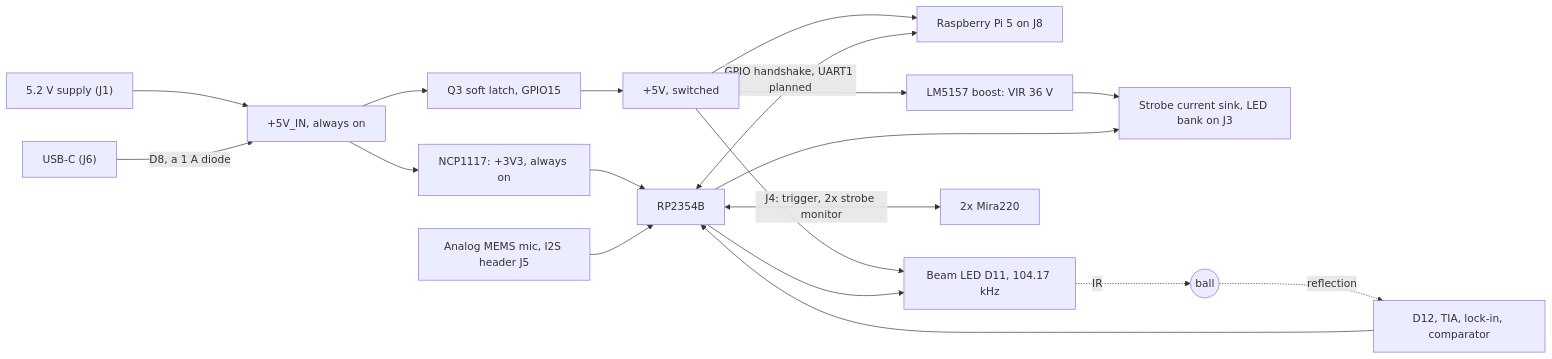
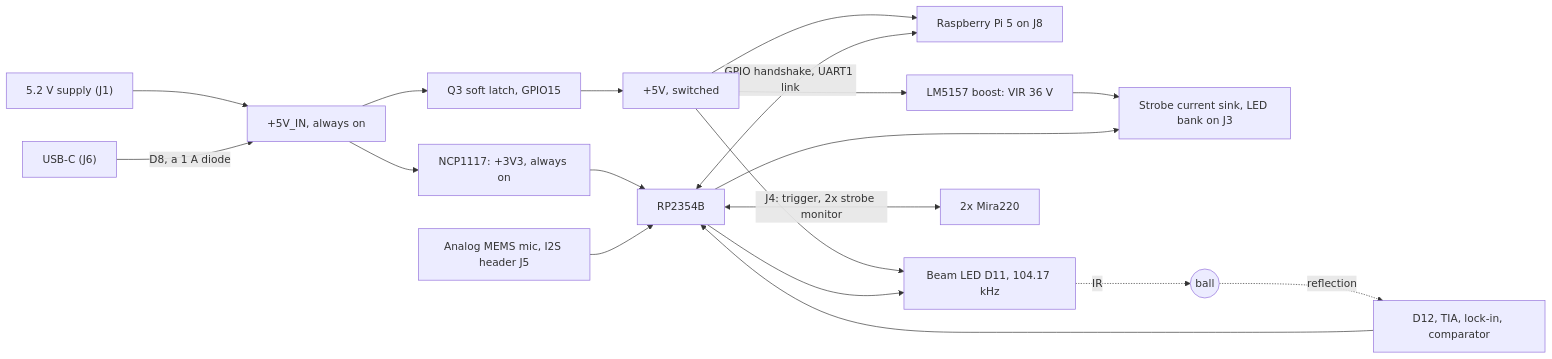
The first of 3 diagrams in DEVELOPER_GUIDE.md (peteattayek/PiTrac_V2), drawn with Mermaid before and after one commit. The commit also changed other lines of this file and 128 other files, not shown here.

````diff
--- a/DEVELOPER_GUIDE.md
+++ b/DEVELOPER_GUIDE.md
@@ -67,21 +66,21 @@
 ```mermaid
 flowchart LR
     PSU["5.2 V supply (J1)"] --> V5IN["+5V_IN, always on"]
     USB["USB-C (J6)"] -->|"D8, a 1 A diode"| V5IN
     V5IN --> LDO["NCP1117: +3V3, always on"]
     LDO --> MCU["RP2354B"]
     V5IN --> LATCH["Q3 soft latch, GPIO15"]
     LATCH --> V5["+5V, switched"]
     V5 --> PI["Raspberry Pi 5 on J8"]
     V5 --> BOOST["LM5157 boost: VIR 36 V"]
     BOOST --> SINK["Strobe current sink, LED bank on J3"]
     V5 --> BEAM["Beam LED D11, 104.17 kHz"]
     BEAM -.->|IR| BALL(("ball"))
     BALL -.->|reflection| RX["D12, TIA, lock-in, comparator"]
     RX --> MCU
     MCU --> BEAM
     MCU --> SINK
     MCU <-->|"J4: trigger, 2x strobe monitor"| CAMS["2x Mira220"]
-    MCU <-->|"GPIO handshake, UART1 planned"| PI
+    MCU <-->|"GPIO handshake, UART1 link"| PI
     MIC["Analog MEMS mic, I2S header J5"] --> MCU
 ```
````
